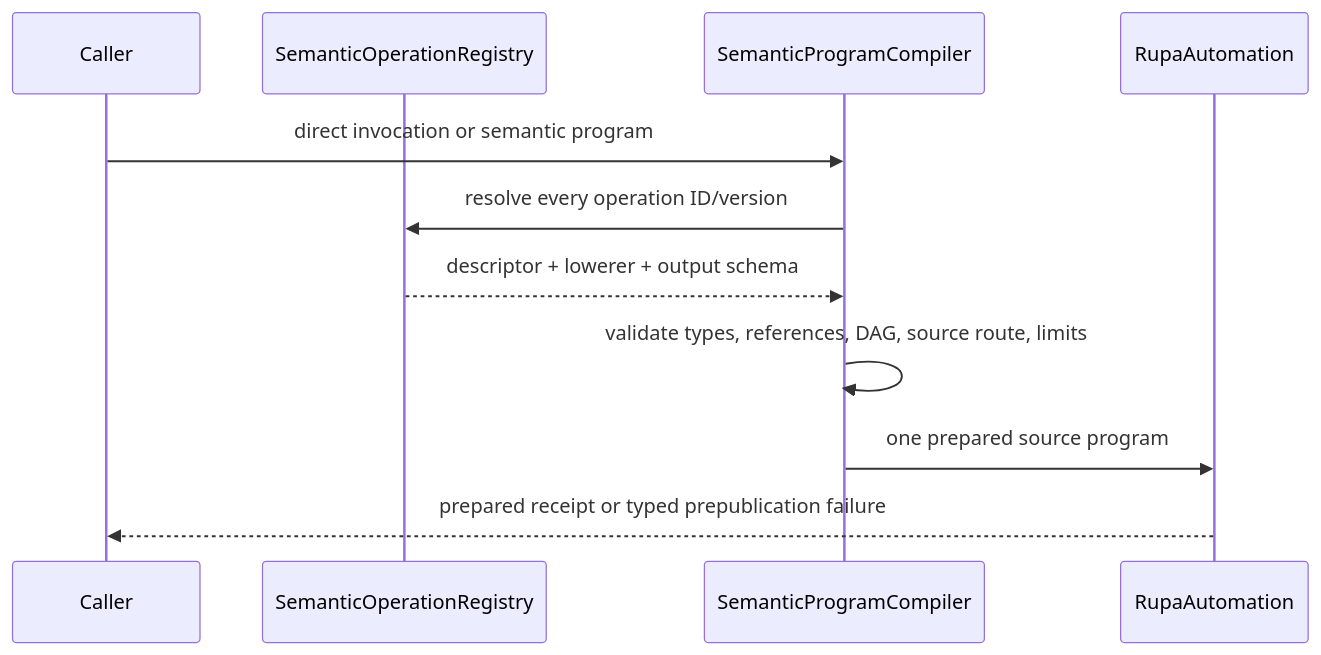
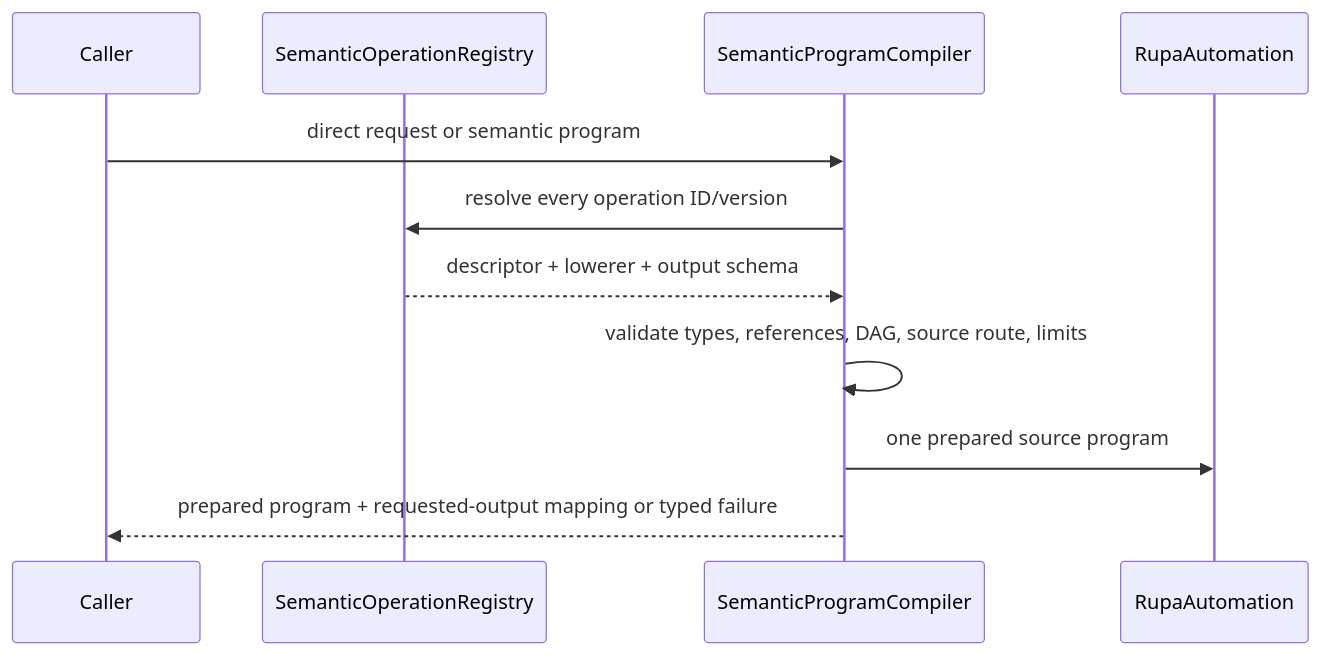
One commit to 1amageek/Rupa changed the second of 2 diagrams in RupaKit/Sources/RupaDomainFoundation/DESIGN.md. Above: the diagram before and after it, drawn with Mermaid. The commit also changed other lines of this file and 50 other files, not shown here.

````diff
--- a/RupaKit/Sources/RupaDomainFoundation/DESIGN.md
+++ b/RupaKit/Sources/RupaDomainFoundation/DESIGN.md
@@ -156,13 +231,13 @@
 ```mermaid
 sequenceDiagram
     participant Caller
     participant Registry as SemanticOperationRegistry
     participant Compiler as SemanticProgramCompiler
     participant Automation as RupaAutomation
-    Caller->>Compiler: direct invocation or semantic program
+    Caller->>Compiler: direct request or semantic program
     Compiler->>Registry: resolve every operation ID/version
     Registry-->>Compiler: descriptor + lowerer + output schema
     Compiler->>Compiler: validate types, references, DAG, source route, limits
     Compiler->>Automation: one prepared source program
-    Automation-->>Caller: prepared receipt or typed prepublication failure
+    Compiler-->>Caller: prepared program + requested-output mapping or typed failure
 ```
````
